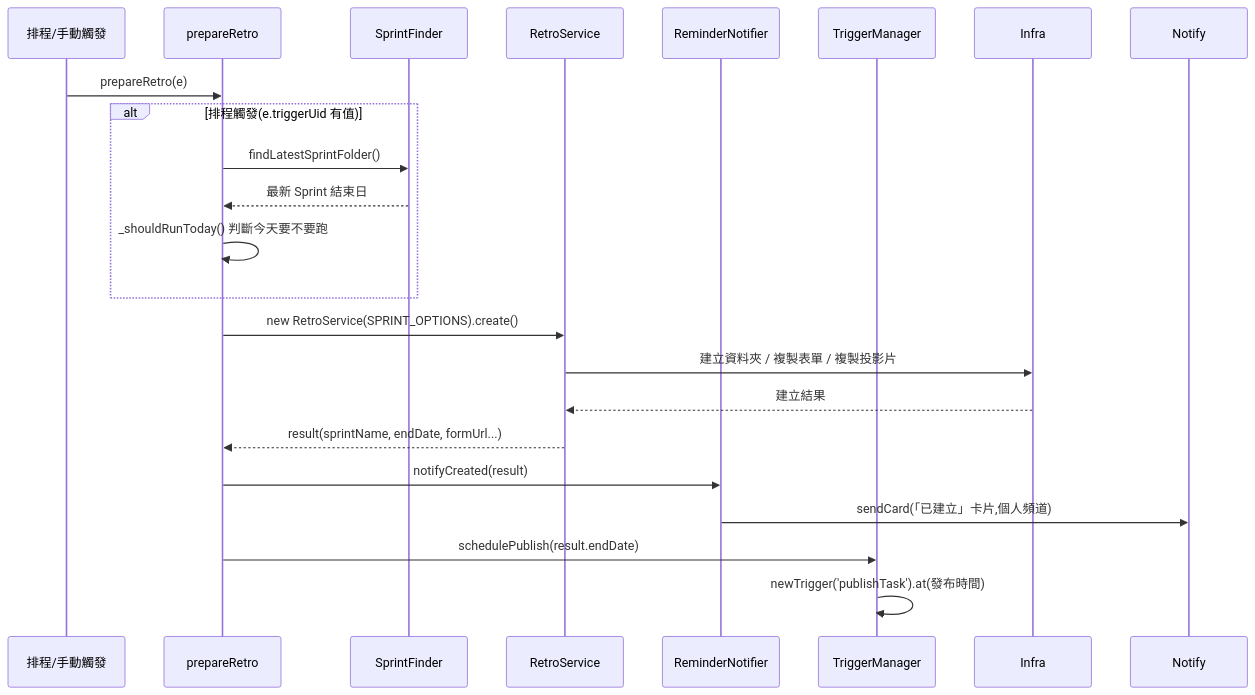
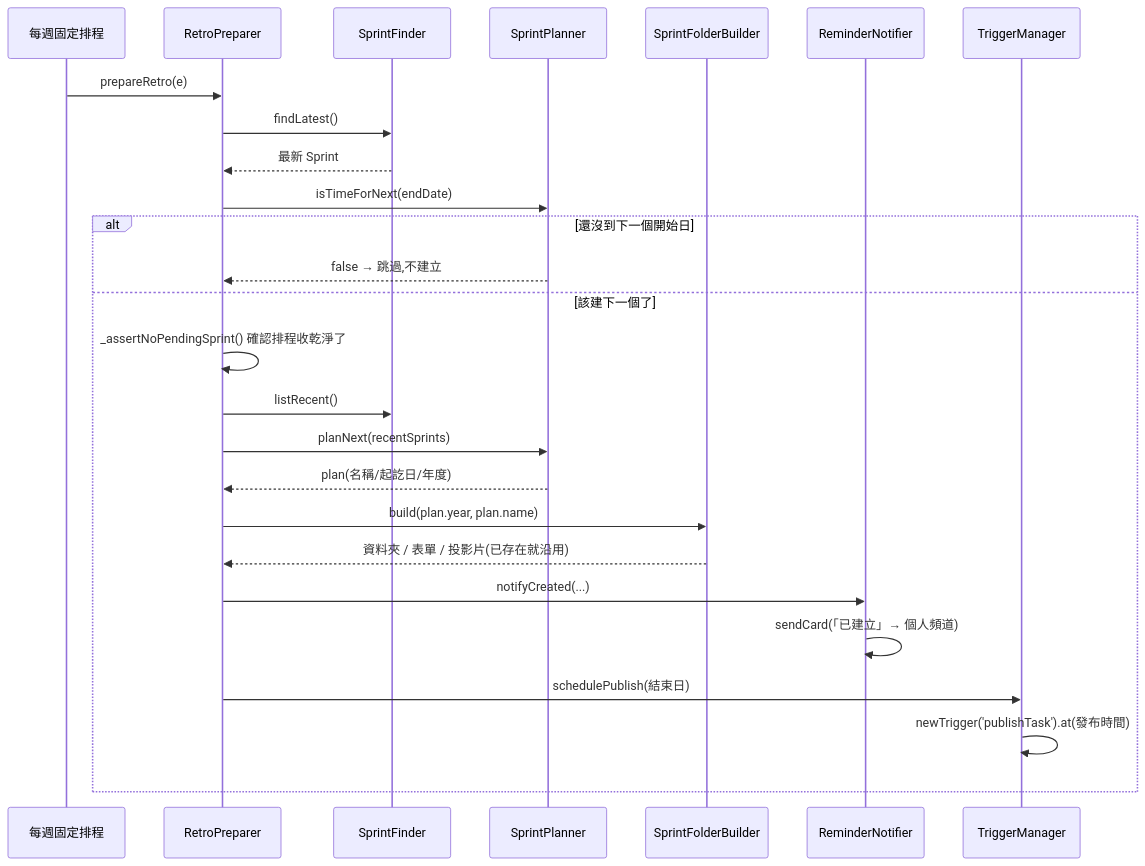
The second of 4 diagrams in me/taichi/f2e/scrum/retrospective/README.md (oceanTsai/team.manager), drawn with Mermaid before and after one commit. The commit also changed other lines of this file and 16 other files, not shown here.

````diff
--- a/me/taichi/f2e/scrum/retrospective/README.md
+++ b/me/taichi/f2e/scrum/retrospective/README.md
@@ -86,26 +155,29 @@
 ```mermaid
 sequenceDiagram
-    participant Trigger as 排程/手動觸發
-    participant PS as prepareRetro
+    participant Trigger as 每週固定排程
+    participant RP as RetroPreparer
     participant SF as SprintFinder
-    participant SS as RetroService
+    participant SP as SprintPlanner
+    participant SB as SprintFolderBuilder
     participant RN as ReminderNotifier
     participant TM as TriggerManager
-    participant Infra
-    participant Notify
 
-    Trigger->>PS: prepareRetro(e)
-    alt 排程觸發(e.triggerUid 有值)
-        PS->>SF: findLatestSprintFolder()
-        SF-->>PS: 最新 Sprint 結束日
-        PS->>PS: _shouldRunToday() 判斷今天要不要跑
+    Trigger->>RP: prepareRetro(e)
+    RP->>SF: findLatest()
+    SF-->>RP: 最新 Sprint
+    RP->>SP: isTimeForNext(endDate)
+    alt 還沒到下一個開始日
+        SP-->>RP: false → 跳過,不建立
+    else 該建下一個了
+        RP->>RP: _assertNoPendingSprint() 確認排程收乾淨了
+        RP->>SF: listRecent()
+        RP->>SP: planNext(recentSprints)
+        SP-->>RP: plan(名稱/起訖日/年度)
+        RP->>SB: build(plan.year, plan.name)
+        SB-->>RP: 資料夾 / 表單 / 投影片(已存在就沿用)
+        RP->>RN: notifyCreated(...)
+        RN->>RN: sendCard(「已建立」→ 個人頻道)
+        RP->>TM: schedulePublish(結束日)
+        TM->>TM: newTrigger('publishTask').at(發布時間)
     end
-    PS->>SS: new RetroService(SPRINT_OPTIONS).create()
-    SS->>Infra: 建立資料夾 / 複製表單 / 複製投影片
-    Infra-->>SS: 建立結果
-    SS-->>PS: result(sprintName, endDate, formUrl...)
-    PS->>RN: notifyCreated(result)
-    RN->>Notify: sendCard(「已建立」卡片,個人頻道)
-    PS->>TM: schedulePublish(result.endDate)
-    TM->>TM: newTrigger('publishTask').at(發布時間)
 ```
````
